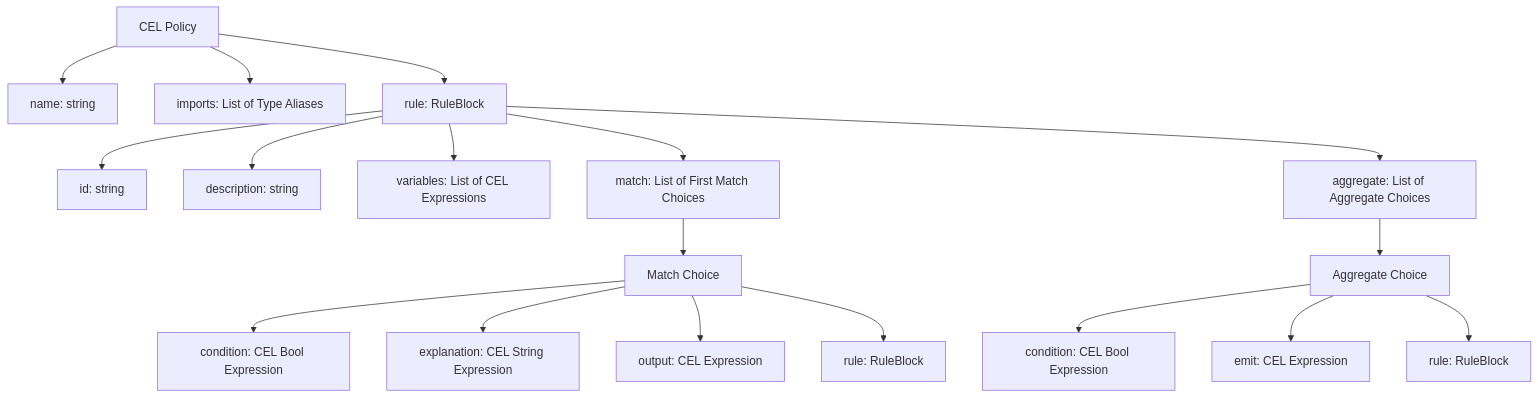
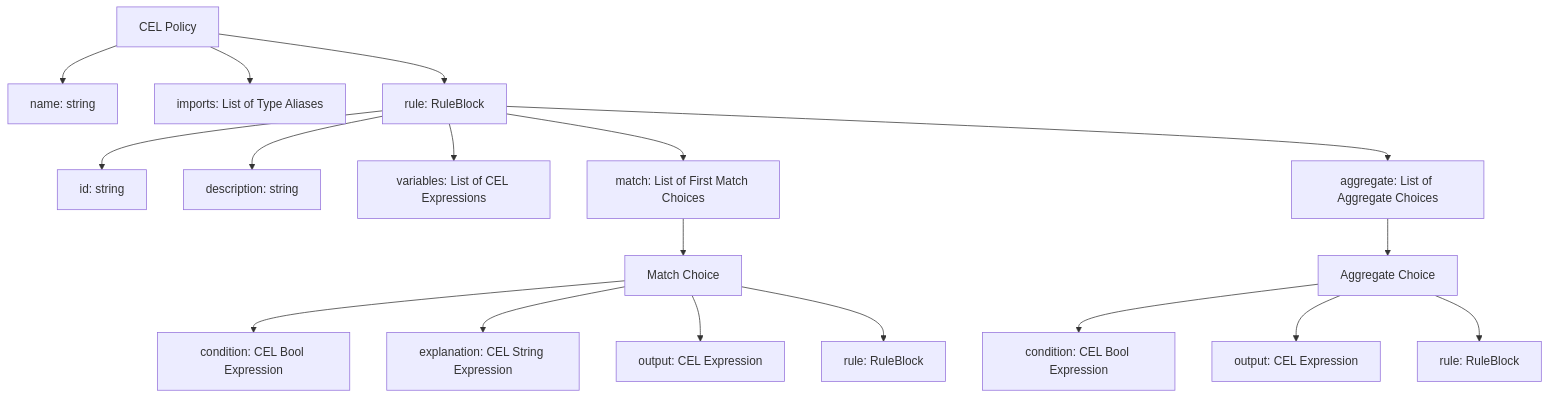
The diagram in README.md (cel-expr/cel-policy), drawn with Mermaid before and after one commit. The commit also changed other lines of this file and 9 other files, not shown here.

Commit message:
Consolidate emit to output for aggregate policies

````diff
--- a/README.md
+++ b/README.md
@@ -27,23 +27,23 @@
 ```mermaid
 graph TD
     Policy[CEL Policy] --> Name[name: string]
     Policy --> Imports[imports: List of Type Aliases]
     Policy --> RootRule[rule: RuleBlock]
 
     RootRule --> ID[id: string]
     RootRule --> Description[description: string]
     RootRule --> Variables[variables: List of CEL Expressions]
     RootRule --> Match[match: List of First Match Choices]
     RootRule --> Aggregate[aggregate: List of Aggregate Choices]
 
     Match --> MatchItem[Match Choice]
     MatchItem --> Condition[condition: CEL Bool Expression]
     MatchItem --> Explanation[explanation: CEL String Expression]
     MatchItem --> Output[output: CEL Expression]
     MatchItem --> SubRule[rule: RuleBlock]
 
     Aggregate --> AggregateItem[Aggregate Choice]
     AggregateItem --> AggCondition[condition: CEL Bool Expression]
-    AggregateItem --> Emit[emit: CEL Expression]
+    AggregateItem --> AggOutput[output: CEL Expression]
     AggregateItem --> AggSubRule[rule: RuleBlock]
 ```
````
